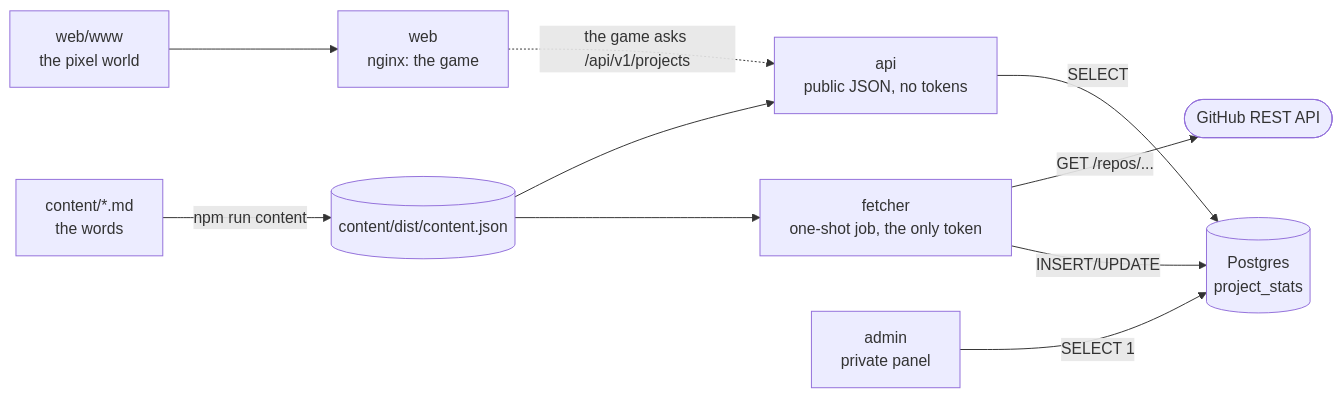
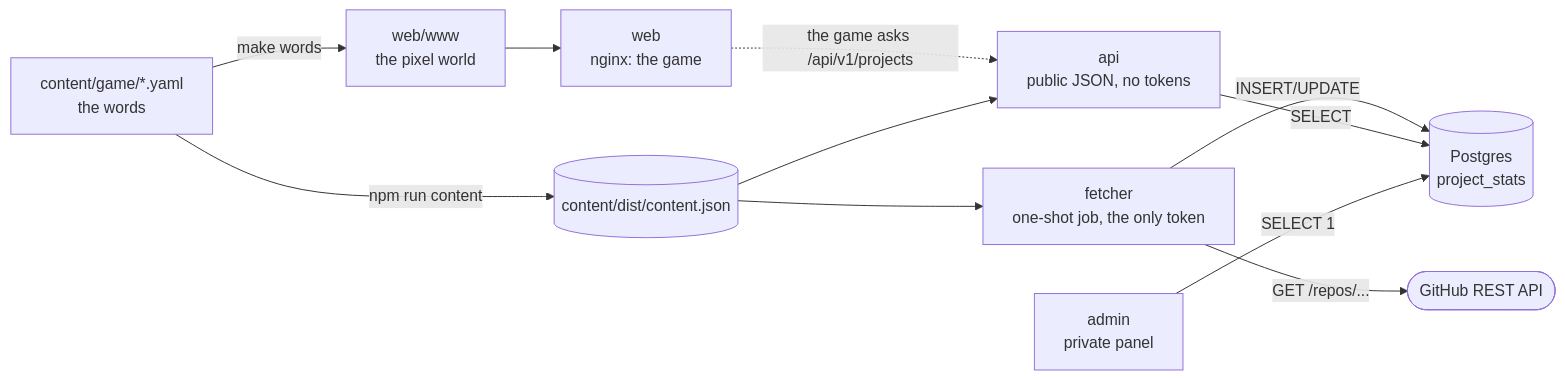
One commit to zimmertr/trailhead changed the diagram in docs/ARCHITECTURE.md. Above: the diagram before and after it, drawn with Mermaid. The commit also changed other lines of this file and 49 other files, not shown here.

First line of the commit message:
feat(content): every word the game shows lives in content/game, one YAML file per place (round 6, A4)

````diff
--- a/docs/ARCHITECTURE.md
+++ b/docs/ARCHITECTURE.md
@@ -7,12 +7,13 @@
 ```mermaid
 flowchart LR
-    md["content/*.md<br>the words"] -- "npm run content" --> json[("content/dist/content.json")]
+    md["content/game/*.yaml<br>the words"] -- "npm run content" --> json[("content/dist/content.json")]
+    md -- "make words" --> www
     www["web/www<br>the pixel world"] --> web["web<br>nginx: the game"]
     web -. "the game asks /api/v1/projects" .-> api
     json --> api["api<br>public JSON, no tokens"]
     json --> fetcher["fetcher<br>one-shot job, the only token"]
     fetcher -- "GET /repos/..." --> gh(["GitHub REST API"])
     fetcher -- "INSERT/UPDATE" --> pg[("Postgres<br>project_stats")]
     api -- "SELECT" --> pg
     admin["admin<br>private panel"] -- "SELECT 1" --> pg
 ```
````
